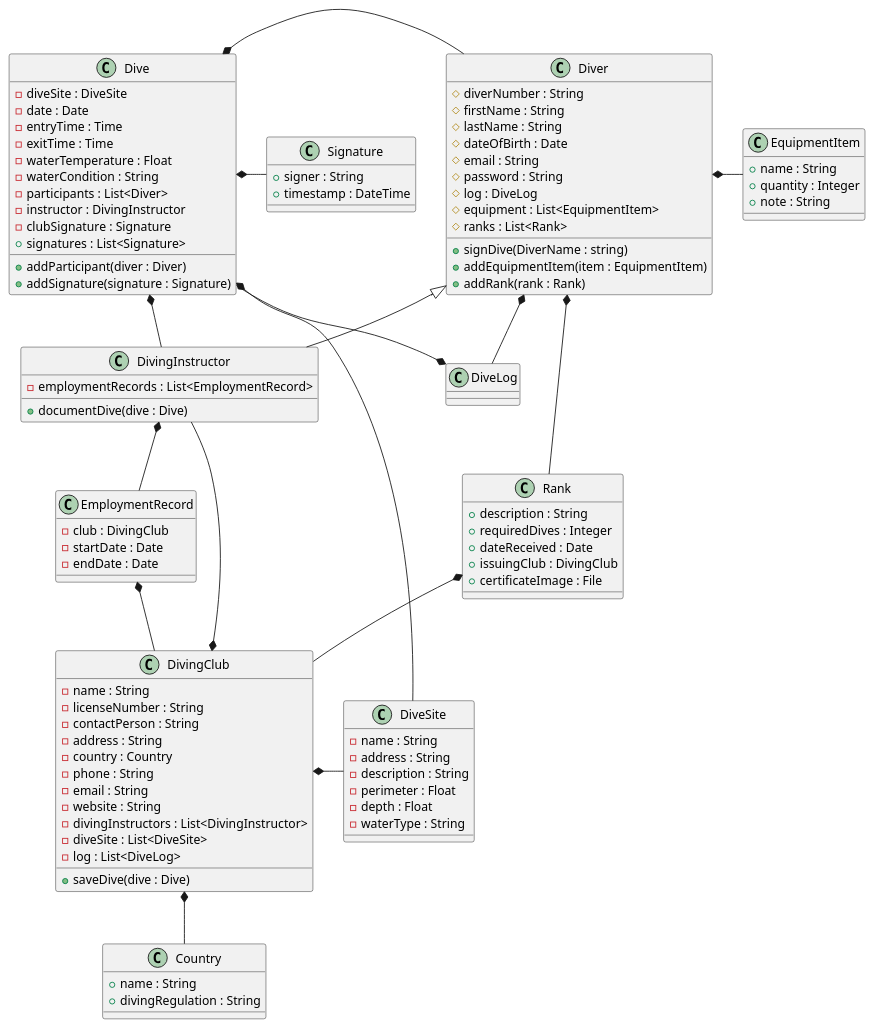
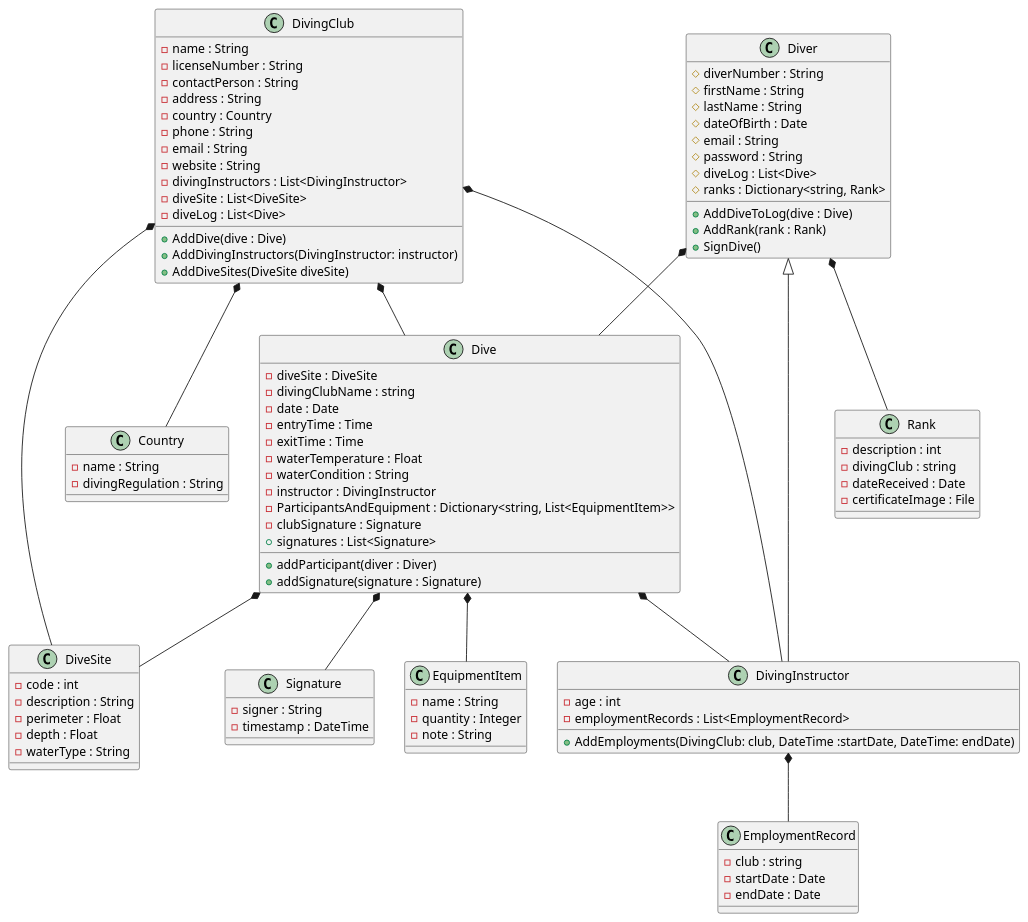
The diagram in All UML Files/ScubaDivingSystem/Diving Class Diagram.plantuml (barkan33/Systems-Analysis), drawn with PlantUML before and after one commit. The commit also changed 33 other files, not shown here.

```diff
--- a/All UML Files/ScubaDivingSystem/Diving Class Diagram.plantuml
+++ b/All UML Files/ScubaDivingSystem/Diving Class Diagram.plantuml
@@ -1,121 +1,133 @@
 @startuml Diving Class Diagram
 
 class Diver {
     #diverNumber : String
     #firstName : String
     #lastName : String
     #dateOfBirth : Date
     #email : String
     #password : String
-    #log : DiveLog
-    #equipment : List<EquipmentItem>
-    #ranks : List<Rank>
-    +signDive(DiverName : string)
-    +addEquipmentItem(item : EquipmentItem)
-    +addRank(rank : Rank)
+    #diveLog : List<Dive>
+    #ranks : Dictionary<string, Rank>
+
+    +AddDiveToLog(dive : Dive)
+    +AddRank(rank : Rank)
+    +SignDive()
 }
-
-' class DiveLog {
-'     -dives : List<Dive>
-'     +addDive(dive : Dive)
-'     +uploadLogImage(image : File)
-' }
 
 class Dive {
     -diveSite : DiveSite
+    -divingClubName : string
     -date : Date
     -entryTime : Time
     -exitTime : Time
     -waterTemperature : Float
     -waterCondition : String
-    -participants : List<Diver>
     -instructor : DivingInstructor
+    -ParticipantsAndEquipment : Dictionary<string, List<EquipmentItem>>
     -clubSignature : Signature
     +signatures : List<Signature>
     +addParticipant(diver : Diver)
     +addSignature(signature : Signature)
 }
 
 class DiveSite {
-    -name : String
-    -address : String
+    -code : int
     -description : String
     -perimeter : Float
     -depth : Float
     -waterType : String
 }
 
 class DivingInstructor extends Diver {
+    -age : int
     -employmentRecords : List<EmploymentRecord>
-    +documentDive(dive : Dive)
+    +AddEmployments(DivingClub: club, DateTime :startDate, DateTime: endDate)
 }
 
 class EmploymentRecord {
-    -club : DivingClub
+    -club : string
     -startDate : Date
     -endDate : Date
 }
 
 class DivingClub {
     -name : String
     -licenseNumber : String
     -contactPerson : String
     -address : String
     -country : Country
     -phone : String
     -email : String
     -website : String
     -divingInstructors : List<DivingInstructor>
     -diveSite : List<DiveSite>
-    -log : List<DiveLog>
-    +saveDive(dive : Dive)
+    -diveLog : List<Dive>
+    +AddDive(dive : Dive)
+    +AddDivingInstructors(DivingInstructor: instructor)
+    +AddDiveSites(DiveSite diveSite)
 }
 
 class Country {
-    +name : String
-    +divingRegulation : String
+    -name : String
+    -divingRegulation : String
 }
 
 class EquipmentItem {
-    +name : String
-    +quantity : Integer
-    +note : String
+    -name : String
+    -quantity : Integer
+    -note : String
 
 }
 class Signature {
-    +signer : String
-    +timestamp : DateTime
+    -signer : String
+    -timestamp : DateTime
 }
 
 class Rank {
-    +description : String
-    +requiredDives : Integer
-    +dateReceived : Date
-    +issuingClub : DivingClub
-    +certificateImage : File
+    -description : int
+    -divingClub : string
+    -dateReceived : Date
+    -certificateImage : File
 }
 
 
+DivingClub *-- Country
+DivingClub *-- DivingInstructor
+DivingClub *-- DiveSite
+DivingClub *-- Dive
+
 Dive *-- DiveSite
-Dive *- Diver
-Dive *- DivingInstructor
-Dive *- Signature
+Dive *-- DivingInstructor
+Dive *-- EquipmentItem
+Dive *-- Signature
+
+Diver *-- Dive
+Diver *-- Rank
 
 DivingInstructor *-- EmploymentRecord
 
-EmploymentRecord *-- DivingClub
 
-Rank *- DivingClub
+' Dive *-- DiveSite
+' Dive *- Diver
+' Dive *- DivingInstructor
+' Dive *- Signature
 
-Diver *- DiveLog
-Diver *- EquipmentItem
-Diver *- Rank
+' DivingInstructor *-- EmploymentRecord
 
-DiveLog *-- Dive
+' EmploymentRecord *-- DivingClub
 
-DivingClub *-- Country
-DivingClub *-- DivingInstructor
-DivingClub *- DiveSite
+' Rank *- DivingClub
+
+' Diver *- DiveLog
+' Diver *- EquipmentItem
+' Diver *- Rank
+
+' DiveLog *-- Dive
+
+' DivingClub *-- Country
+' DivingClub *-- DivingInstructor
+' DivingClub *- DiveSite
 
 
 @enduml
```
